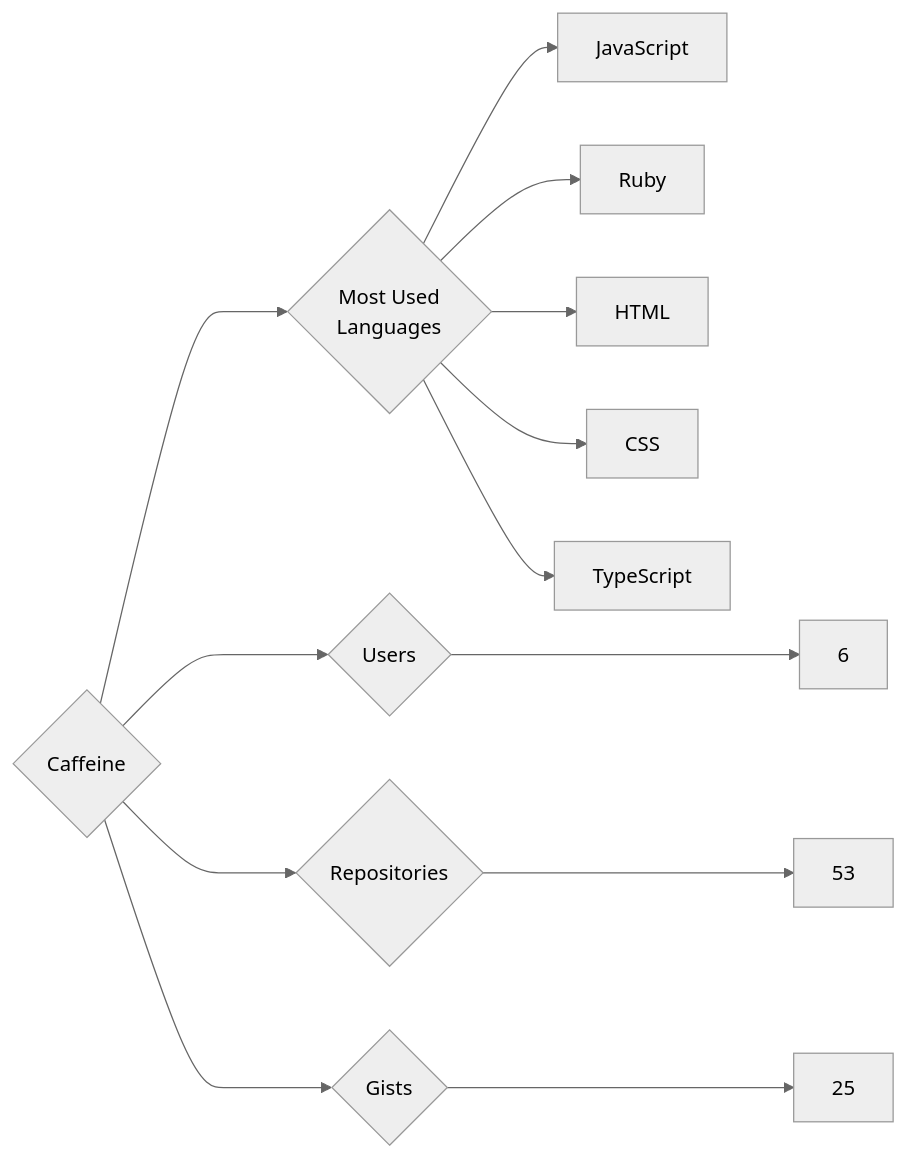
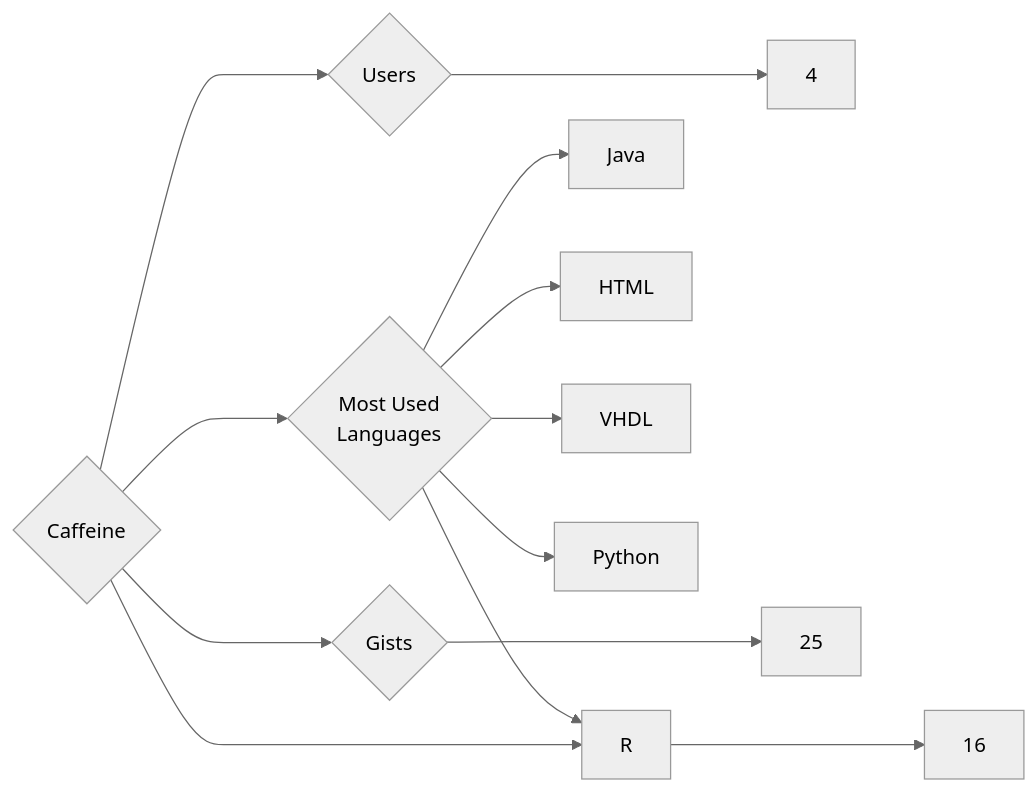
The diagram in targets/Caffeine/README.md (trickest/insiders), drawn with Mermaid (neutral theme) before and after one commit. The commit also changed 611 other files, not shown here.

````diff
--- a/targets/Caffeine/README.md
+++ b/targets/Caffeine/README.md
@@ -3,13 +3,13 @@
 ```mermaid
 graph LR
 COMPANY_NAME{Caffeine}
-COMPANY_NAME ---> U{Users} ---> UN[6]
-COMPANY_NAME ---> R{Repositories} ---> RN[53]
+COMPANY_NAME ---> U{Users} ---> UN[4]
+COMPANY_NAME ---> R{Repositories} ---> RN[16]
 COMPANY_NAME ---> G{Gists} ---> GN[25]
 COMPANY_NAME ---> ML{Most Used<br>Languages}
-ML --> JavaScript[JavaScript]
-ML --> Ruby[Ruby]
+ML --> Java[Java]
 ML --> HTML[HTML]
-ML --> CSS[CSS]
-ML --> TypeScript[TypeScript]
+ML --> VHDL[VHDL]
+ML --> R[R]
+ML --> Python[Python]
 ```
````
